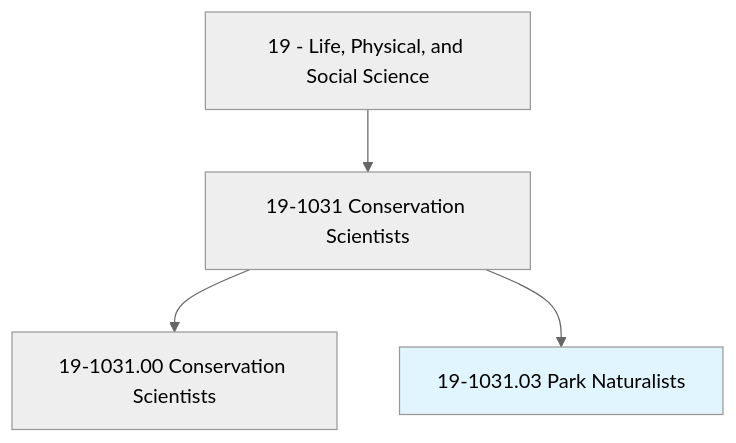
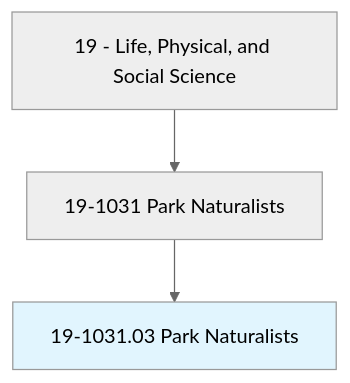
Before and after one commit to kziemski/business.org.ai: the first of 4 diagrams in occupations/Science/ParkNaturalists.mdx, drawn with Mermaid (neutral theme). The commit also changed other lines of this file and 938 other files, not shown here.

````diff
--- a/occupations/Science/ParkNaturalists.mdx
+++ b/occupations/Science/ParkNaturalists.mdx
@@ -19,7 +23,6 @@
 ```mermaid
 graph TD
-    Cat19["19 - Life, Physical, and Social Science"] --> Group191031["19-1031 Conservation Scientists"]
-    Group191031 --> Base["19-1031.00 Conservation Scientists"]
+    Cat19["19 - Life, Physical, and Social Science"] --> Group191031["19-1031 Park Naturalists"]
     Group191031 --> Current["19-1031.03 Park Naturalists"]
     style Current fill:#e1f5fe
 ```
````
